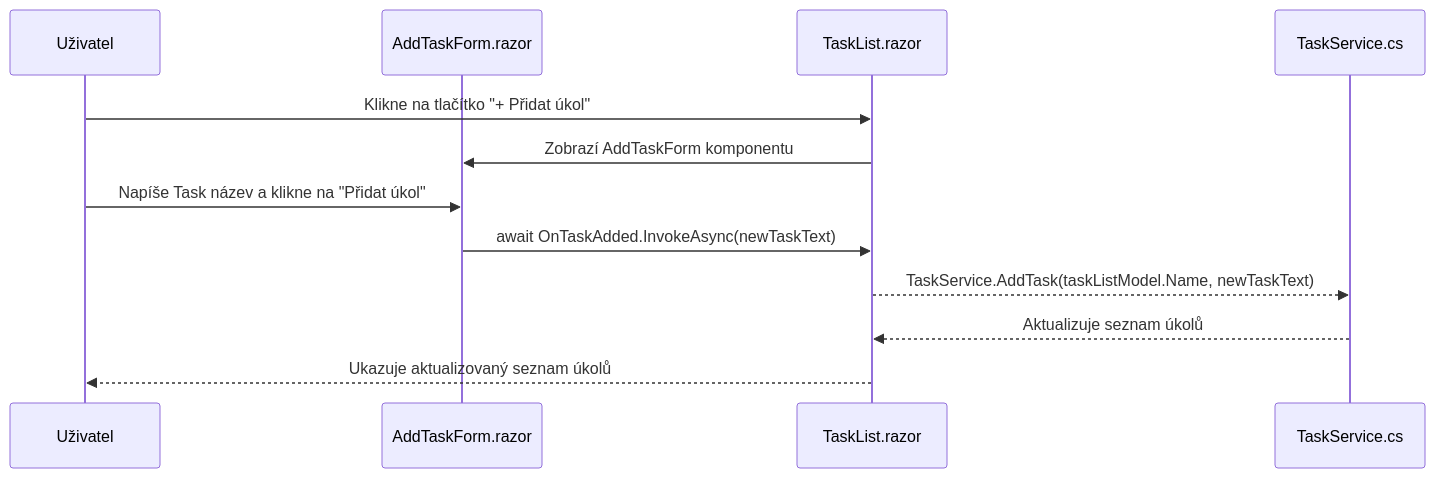
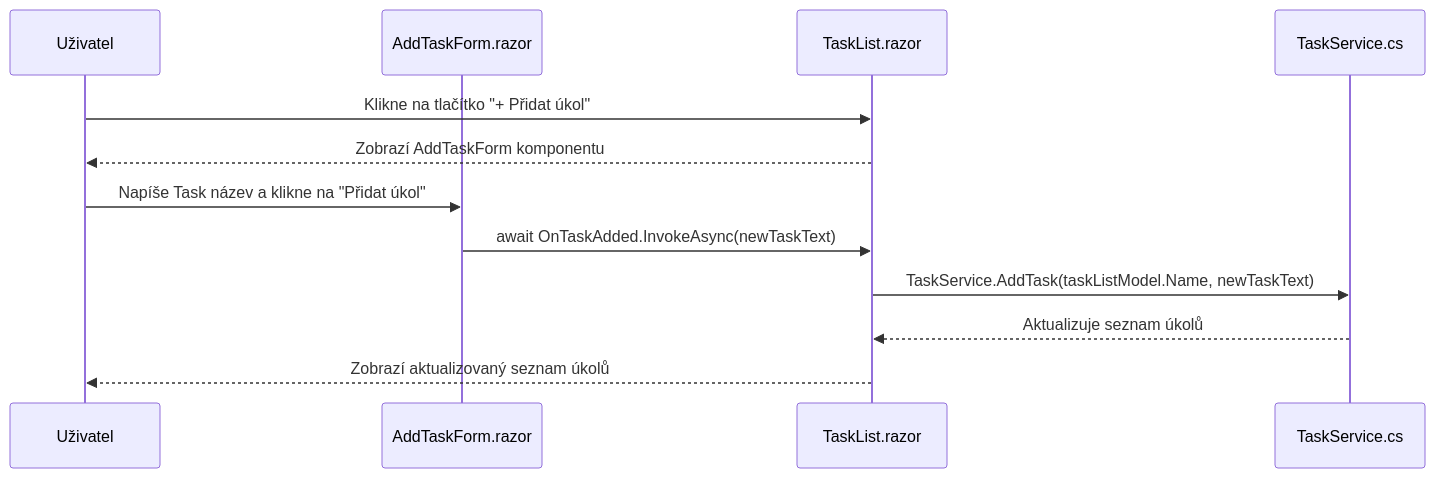
Before and after one commit to ValdemarPospisil/Blazor: the diagram in README.md, drawn with Mermaid. The commit also changed other lines of this file, not shown here.

````diff
--- a/README.md
+++ b/README.md
@@ -8,15 +89,15 @@
 ```mermaid
 sequenceDiagram
     participant User as Uživatel
     participant AddTaskForm as AddTaskForm.razor
     participant TaskList as TaskList.razor
     participant TaskService as TaskService.cs
 
     User->>TaskList: Klikne na tlačítko "+ Přidat úkol"
-    TaskList->>AddTaskForm: Zobrazí AddTaskForm komponentu
+    TaskList-->>User: Zobrazí AddTaskForm komponentu
     User->>AddTaskForm: Napíše Task název a klikne na "Přidat úkol"
     AddTaskForm->>TaskList: await OnTaskAdded.InvokeAsync(newTaskText);
-    TaskList-->>TaskService: TaskService.AddTask(taskListModel.Name, newTaskText);
+    TaskList->>TaskService: TaskService.AddTask(taskListModel.Name, newTaskText);
     TaskService-->>TaskList: Aktualizuje seznam úkolů
-    TaskList-->>User: Ukazuje aktualizovaný seznam úkolů
+    TaskList-->>User: Zobrazí aktualizovaný seznam úkolů
 ```
````
